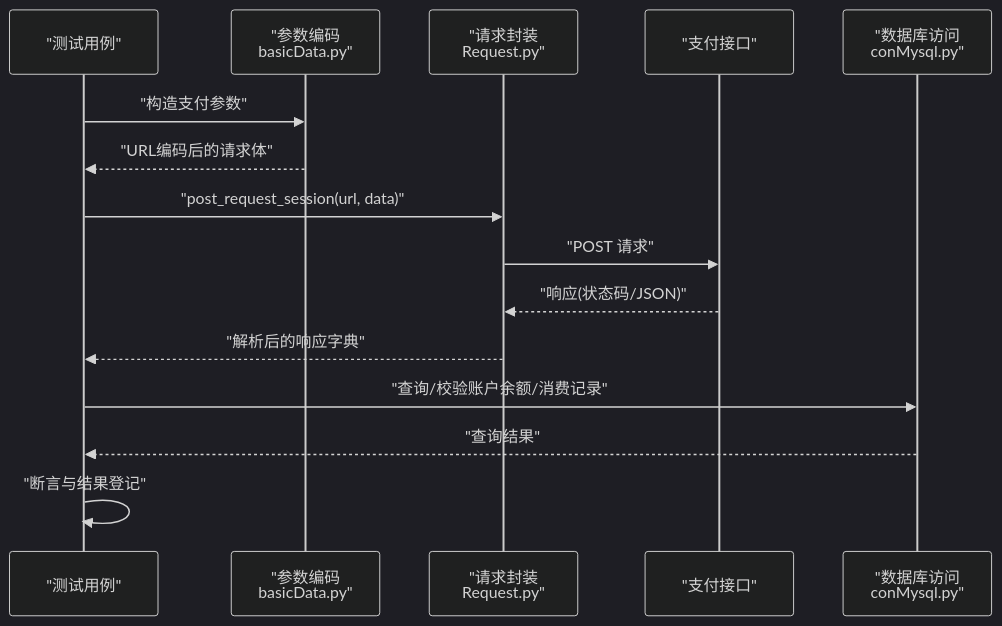
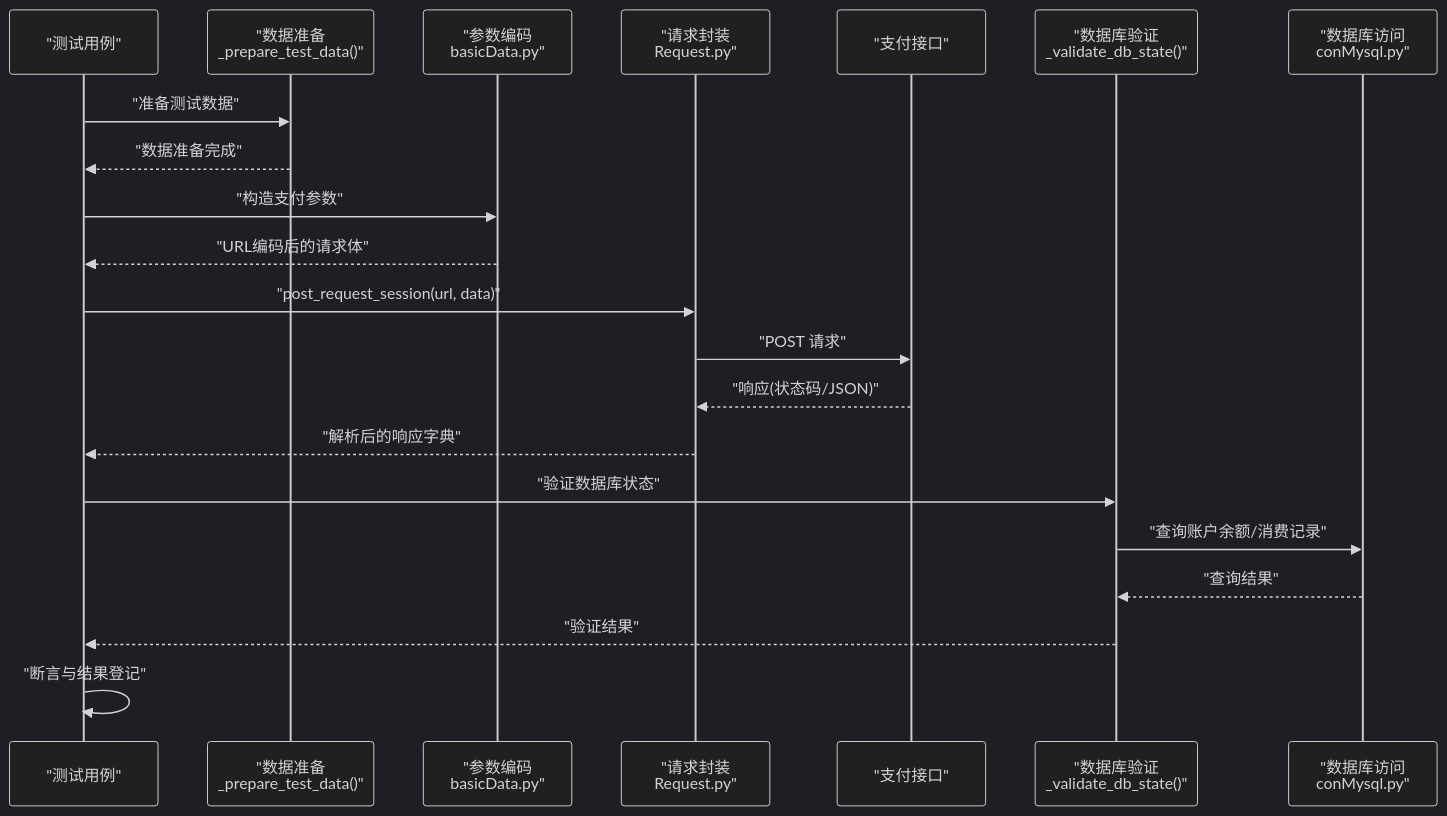
Before and after one commit to liximing1-ola/qa-payTest: the second of 3 diagrams in .qoder/repowiki/zh/content/支付测试用例/金币支付测试.md, drawn with Mermaid (dark theme). The commit also changed other lines of this file and 14 other files, not shown here.

````diff
--- a/.qoder/repowiki/zh/content/支付测试用例/金币支付测试.md
+++ b/.qoder/repowiki/zh/content/支付测试用例/金币支付测试.md
@@ -121,17 +133,23 @@
 ```mermaid
 sequenceDiagram
 participant TC as "测试用例"
+participant PREP as "数据准备<br/>_prepare_test_data()"
 participant ENC as "参数编码<br/>basicData.py"
 participant REQ as "请求封装<br/>Request.py"
 participant API as "支付接口"
+participant VAL as "数据库验证<br/>_validate_db_state()"
 participant DB as "数据库访问<br/>conMysql.py"
+TC->>PREP : "准备测试数据"
+PREP-->>TC : "数据准备完成"
 TC->>ENC : "构造支付参数"
 ENC-->>TC : "URL编码后的请求体"
 TC->>REQ : "post_request_session(url, data)"
 REQ->>API : "POST 请求"
 API-->>REQ : "响应(状态码/JSON)"
 REQ-->>TC : "解析后的响应字典"
-TC->>DB : "查询/校验账户余额/消费记录"
-DB-->>TC : "查询结果"
+TC->>VAL : "验证数据库状态"
+VAL->>DB : "查询账户余额/消费记录"
+DB-->>VAL : "查询结果"
+VAL-->>TC : "验证结果"
 TC->>TC : "断言与结果登记"
 ```
````
